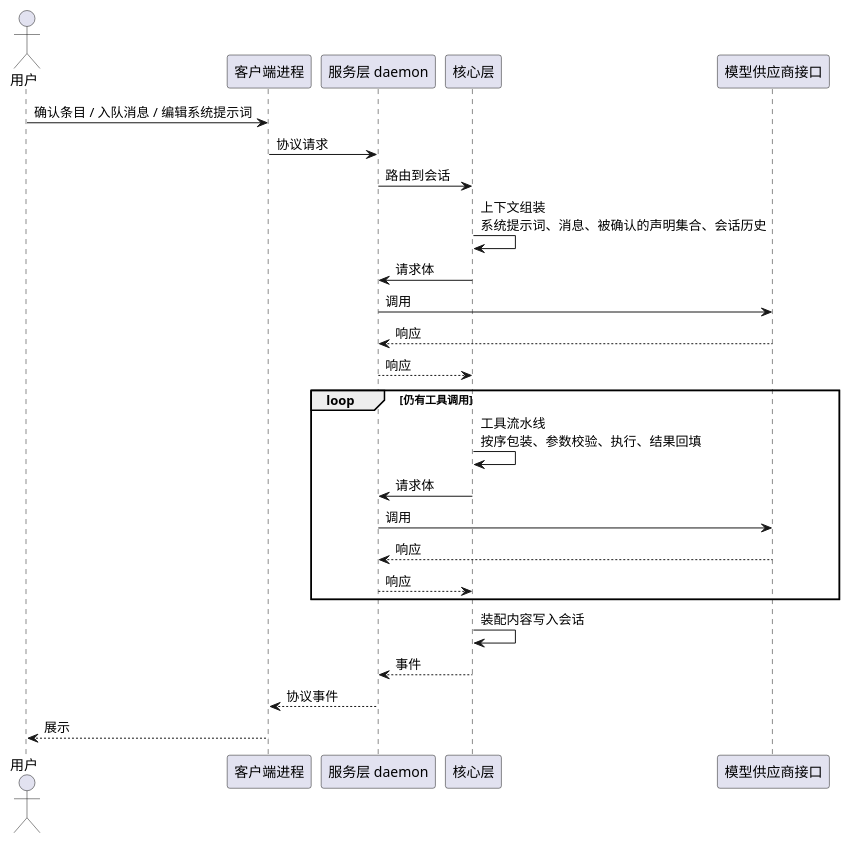
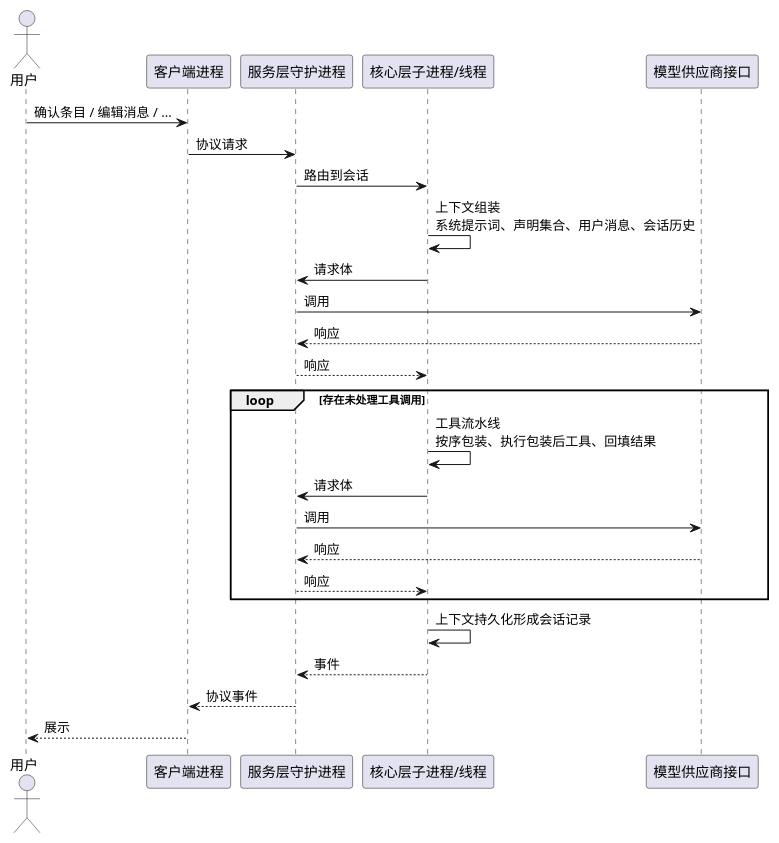
One commit to pisciculus0413/Pisces changed the second of 9 diagrams in docs/1 High-Level Design/1 High-Level Design.md. Above: the diagram before and after it, drawn with PlantUML. The commit also changed other lines of this file, not shown here.

````diff
--- a/docs/1 High-Level Design/1 High-Level Design.md
+++ b/docs/1 High-Level Design/1 High-Level Design.md
@@ -228,29 +241,29 @@
 ```plantuml
 @startuml
 actor "用户" as user
 participant "客户端进程" as client
-participant "服务层 daemon" as daemon
-participant "核心层" as core
+participant "服务层守护进程" as daemon
+participant "核心层子进程/线程" as core
 participant "模型供应商接口" as provider
 
-user -> client : 确认条目 / 入队消息 / 编辑系统提示词
+user -> client : 确认条目 / 编辑消息 / ...
 client -> daemon : 协议请求
 daemon -> core : 路由到会话
-core -> core : 上下文组装\n系统提示词、消息、被确认的声明集合、会话历史
+core -> core : 上下文组装\n系统提示词、声明集合、用户消息、会话历史
 core -> daemon : 请求体
 daemon -> provider : 调用
 provider --> daemon : 响应
 daemon --> core : 响应
-loop 仍有工具调用
-  core -> core : 工具流水线\n按序包装、参数校验、执行、结果回填
+loop 存在未处理工具调用
+  core -> core : 工具流水线\n按序包装、执行包装后工具、回填结果
   core -> daemon : 请求体
   daemon -> provider : 调用
   provider --> daemon : 响应
   daemon --> core : 响应
 end
-core -> core : 装配内容写入会话
+core -> core : 上下文持久化形成会话记录
 core --> daemon : 事件
 daemon --> client : 协议事件
 client --> user : 展示
 @enduml
 ```
````
